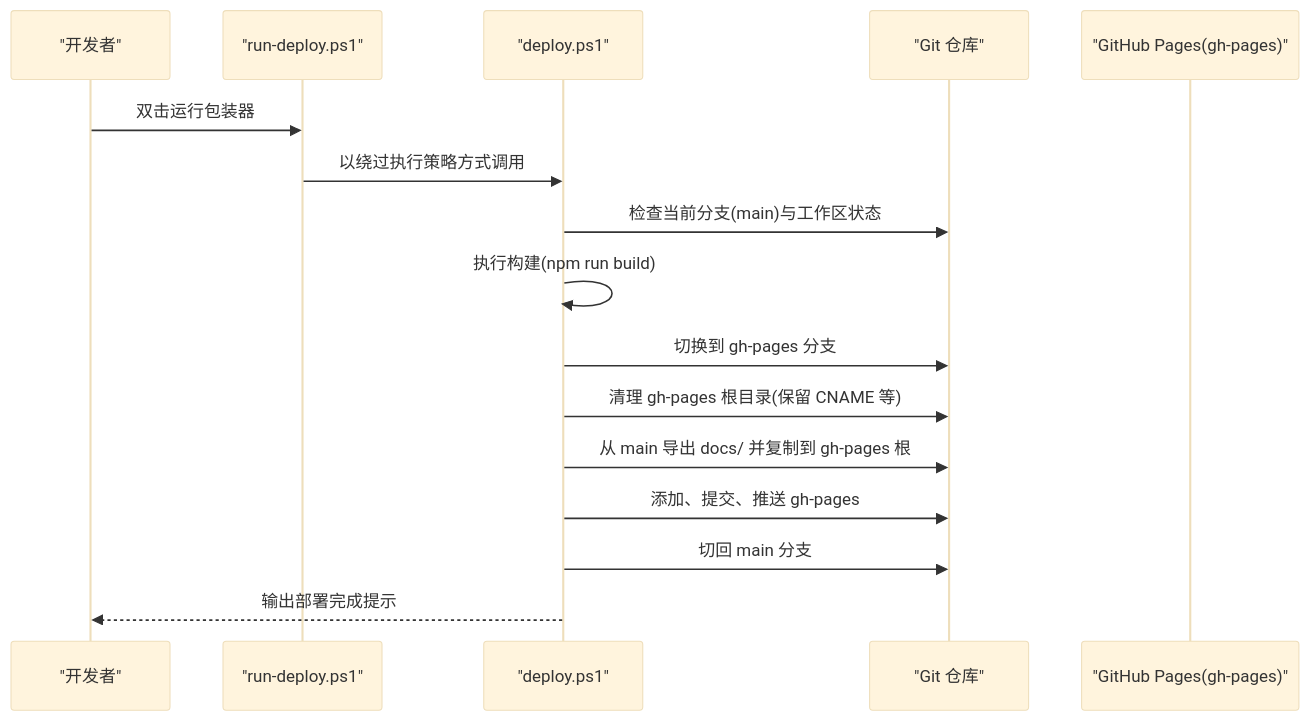
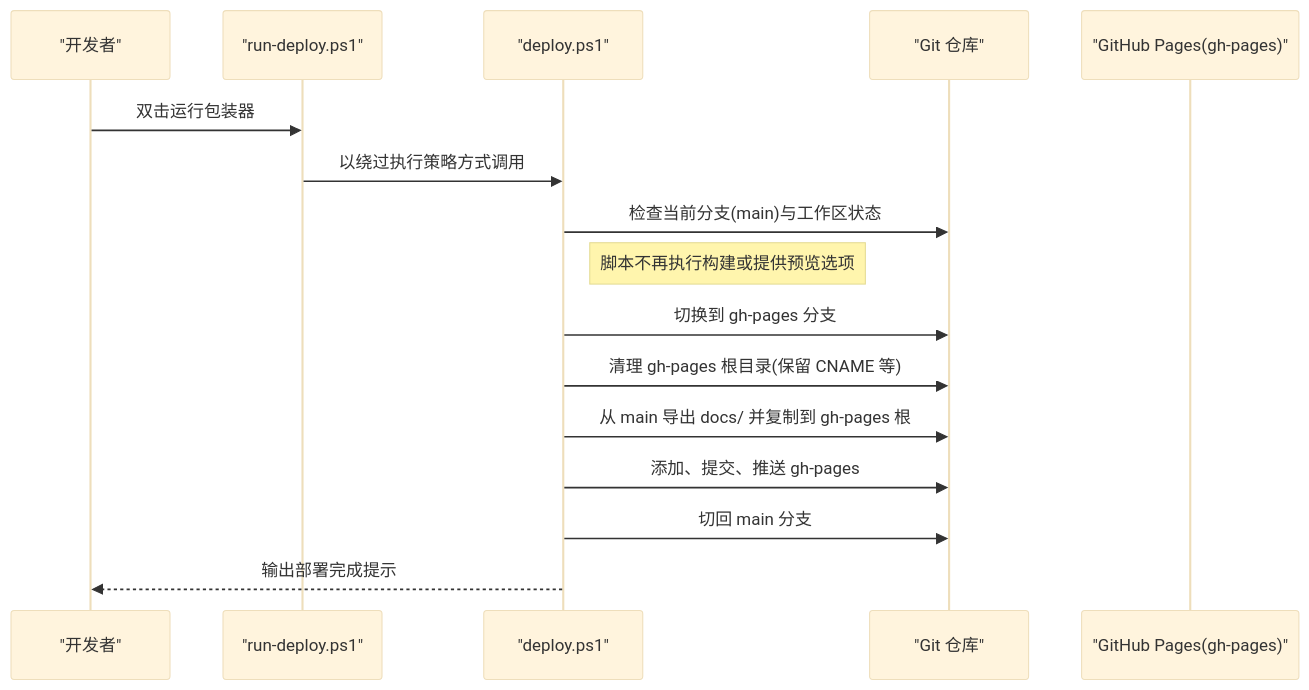
Before and after one commit to vincentline/MeeWoo.me: the second of 5 diagrams in .qoder/repowiki/zh/content/部署说明.md, drawn with Mermaid (base theme). The commit also changed other lines of this file and 8 other files, not shown here.

````diff
--- a/.qoder/repowiki/zh/content/部署说明.md
+++ b/.qoder/repowiki/zh/content/部署说明.md
@@ -96,18 +100,18 @@
 ```mermaid
 sequenceDiagram
 participant Dev as "开发者"
 participant RD as "run-deploy.ps1"
 participant DP as "deploy.ps1"
 participant Git as "Git 仓库"
 participant GH as "GitHub Pages(gh-pages)"
 Dev->>RD : 双击运行包装器
 RD->>DP : 以绕过执行策略方式调用
 DP->>Git : 检查当前分支(main)与工作区状态
-DP->>DP : 执行构建(npm run build)
+Note right of DP : 脚本不再执行构建或提供预览选项
 DP->>Git : 切换到 gh-pages 分支
 DP->>Git : 清理 gh-pages 根目录(保留 CNAME 等)
 DP->>Git : 从 main 导出 docs/ 并复制到 gh-pages 根
 DP->>Git : 添加、提交、推送 gh-pages
 DP->>Git : 切回 main 分支
 DP-->>Dev : 输出部署完成提示
 ```
````
